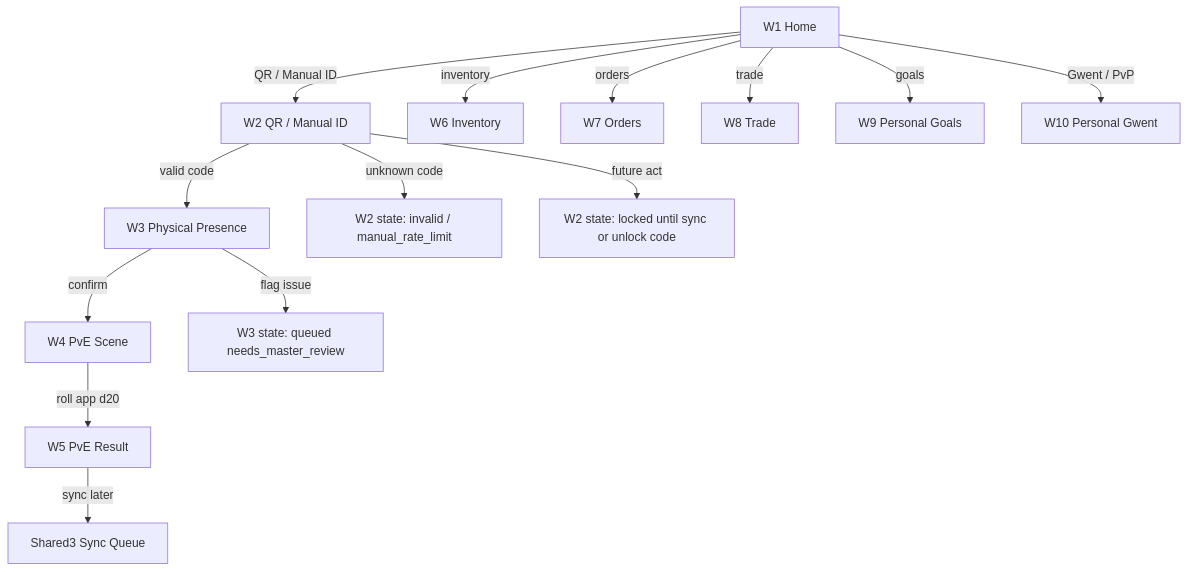
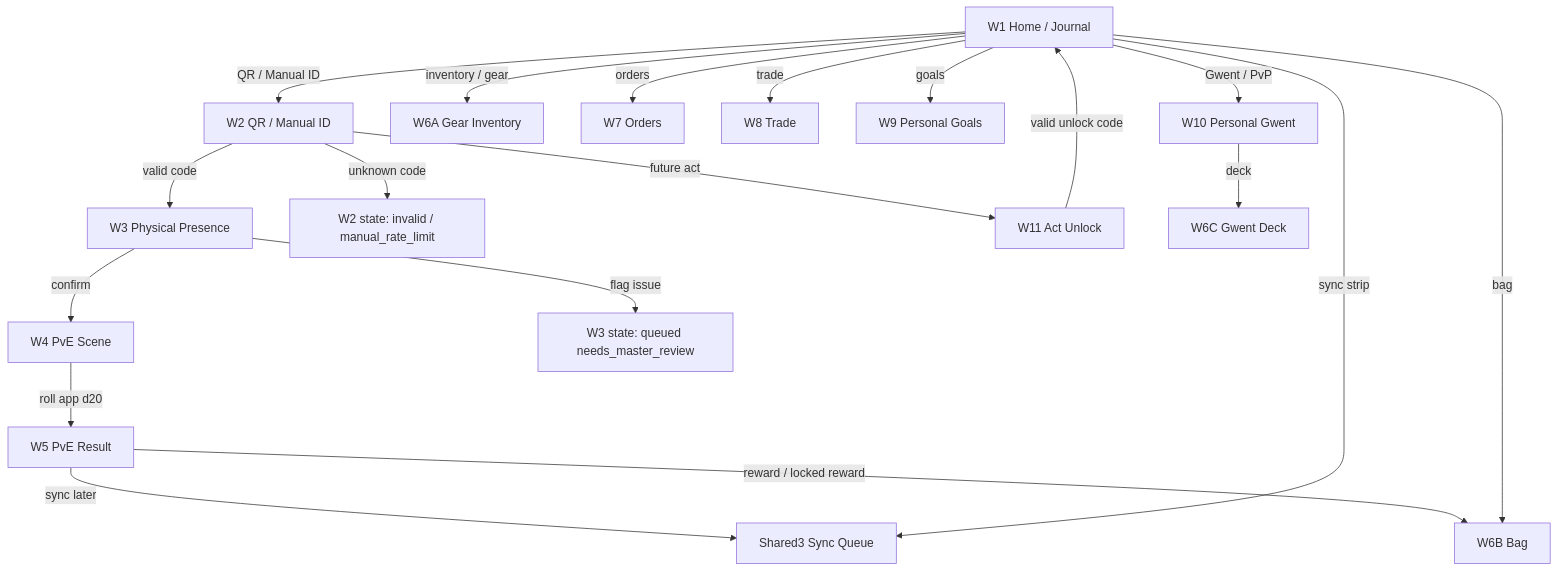
Before and after one commit to ianssensQ/Witcher-LARP: the second of 5 diagrams in docs/ui/stage2b-screen-map.md, drawn with Mermaid. The commit also changed other lines of this file and 27 other files, not shown here.

````diff
--- a/docs/ui/stage2b-screen-map.md
+++ b/docs/ui/stage2b-screen-map.md
@@ -40,16 +49,21 @@
 ```mermaid
 flowchart TD
-  W1["W1 Home"] -->|"QR / Manual ID"| W2["W2 QR / Manual ID"]
+  W1["W1 Home / Journal"] -->|"QR / Manual ID"| W2["W2 QR / Manual ID"]
   W2 -->|"valid code"| W3["W3 Physical Presence"]
   W2 -->|"unknown code"| W2E["W2 state: invalid / manual_rate_limit"]
-  W2 -->|"future act"| W2L["W2 state: locked until sync or unlock code"]
+  W2 -->|"future act"| W11["W11 Act Unlock"]
   W3 -->|"confirm"| W4["W4 PvE Scene"]
   W3 -->|"flag issue"| W3R["W3 state: queued needs_master_review"]
   W4 -->|"roll app d20"| W5["W5 PvE Result"]
   W5 -->|"sync later"| Shared3["Shared3 Sync Queue"]
-  W1 -->|"inventory"| W6["W6 Inventory"]
+  W5 -->|"reward / locked reward"| W6B["W6B Bag"]
+  W1 -->|"inventory / gear"| W6A["W6A Gear Inventory"]
+  W1 -->|"bag"| W6B
   W1 -->|"orders"| W7["W7 Orders"]
   W1 -->|"trade"| W8["W8 Trade"]
   W1 -->|"goals"| W9["W9 Personal Goals"]
   W1 -->|"Gwent / PvP"| W10["W10 Personal Gwent"]
+  W10 -->|"deck"| W6C["W6C Gwent Deck"]
+  W1 -->|"sync strip"| Shared3
+  W11 -->|"valid unlock code"| W1
 ```
````
